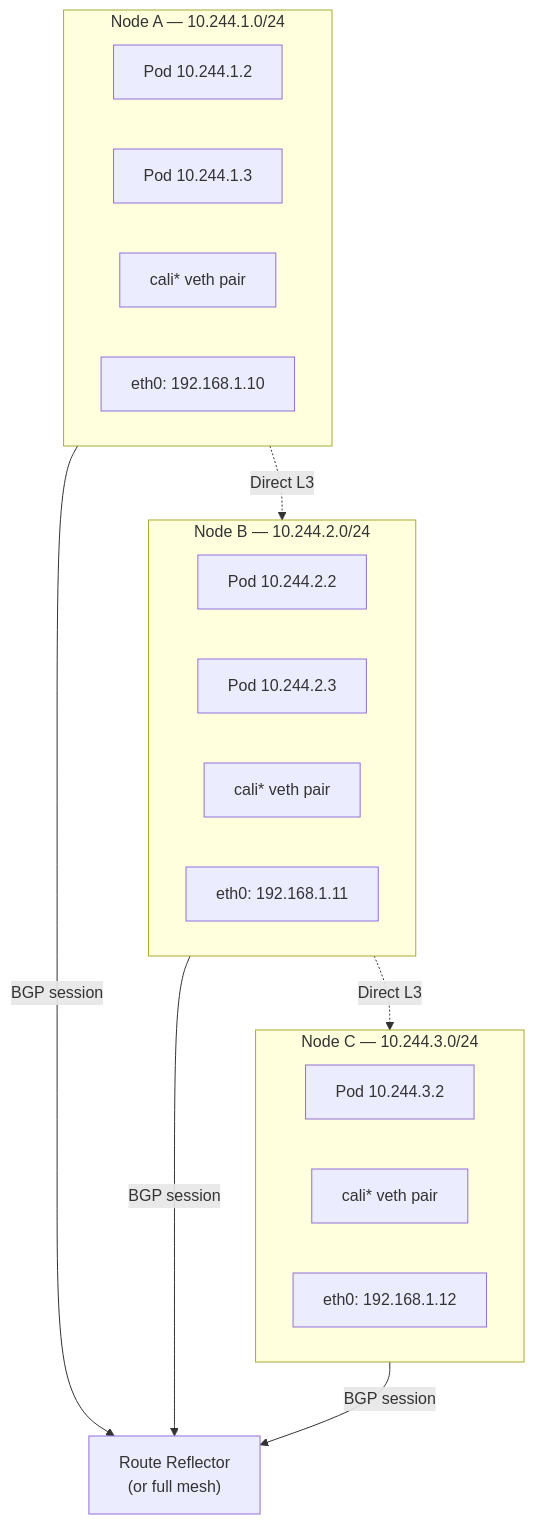
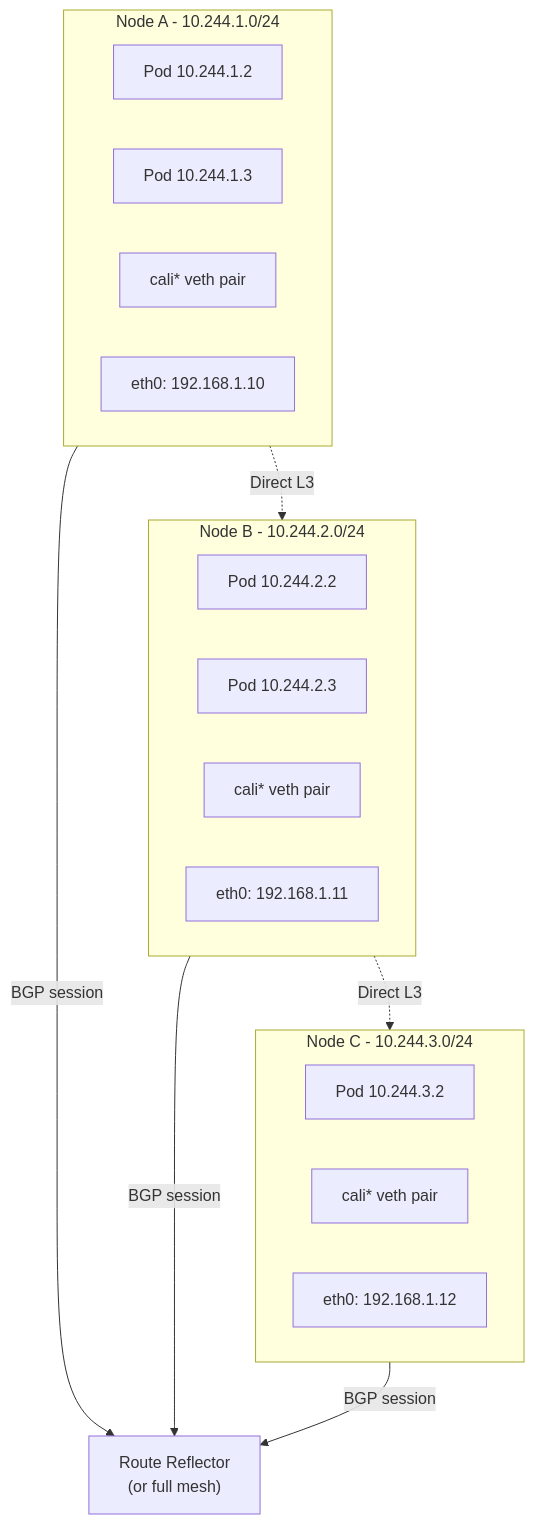
One commit to ksauraj/ksau-portfolio changed the third of 6 diagrams in content/blog/networking-in-kubernetes.md. Above: the diagram before and after it, drawn with Mermaid. The commit also changed other lines of this file and 7 other files, not shown here.

````diff
--- a/content/blog/networking-in-kubernetes.md
+++ b/content/blog/networking-in-kubernetes.md
@@ -115,27 +115,27 @@
 ```mermaid
 graph TB
-    subgraph NODEA["Node A — 10.244.1.0/24"]
+    subgraph NODEA["Node A - 10.244.1.0/24"]
         P1["Pod 10.244.1.2"]
         P2["Pod 10.244.1.3"]
         BR["cali* veth pair"]
         ETH["eth0: 192.168.1.10"]
     end
-    subgraph NODEB["Node B — 10.244.2.0/24"]
+    subgraph NODEB["Node B - 10.244.2.0/24"]
         P3["Pod 10.244.2.2"]
         P4["Pod 10.244.2.3"]
         BR2["cali* veth pair"]
         ETH2["eth0: 192.168.1.11"]
     end
-    subgraph NODEC["Node C — 10.244.3.0/24"]
+    subgraph NODEC["Node C - 10.244.3.0/24"]
         P5["Pod 10.244.3.2"]
         BR3["cali* veth pair"]
         ETH3["eth0: 192.168.1.12"]
     end
     RR["Route Reflector<br/>(or full mesh)"]
     
     NODEA -- BGP session --> RR
     NODEB -- BGP session --> RR
     NODEC -- BGP session --> RR
     NODEA -.->|Direct L3| NODEB
     NODEB -.->|Direct L3| NODEC
 ```
````
